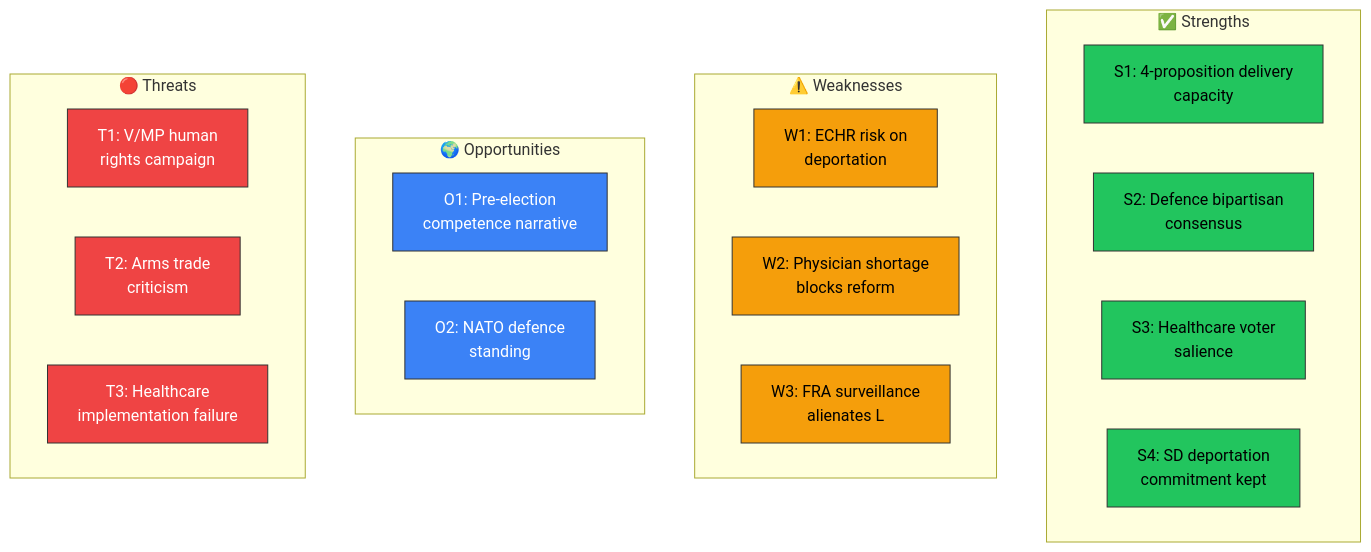
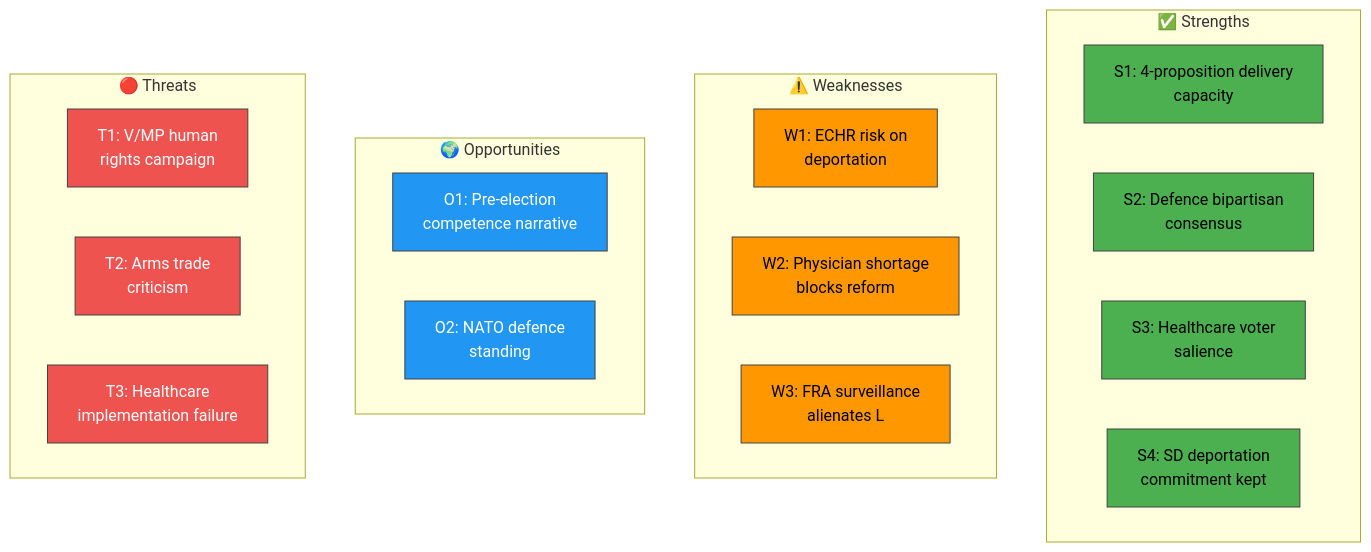
One commit to Hack23/riksdagsmonitor changed the diagram in analysis/daily/2026-04-01/propositions/swot-analysis.md. Above: the diagram before and after it, drawn with Mermaid. The commit also changed 785 other files, not shown here.

First line of the commit message:
Normalize mermaid colors across 786 analysis artifacts to ISMS Style Guide palette

````diff
--- a/analysis/daily/2026-04-01/propositions/swot-analysis.md
+++ b/analysis/daily/2026-04-01/propositions/swot-analysis.md
@@ -48,36 +48,36 @@
 ```mermaid
 graph TD
     subgraph "✅ Strengths"
         S1["S1: 4-proposition delivery<br/>capacity"]
         S2["S2: Defence bipartisan<br/>consensus"]
         S3["S3: Healthcare voter<br/>salience"]
         S4["S4: SD deportation<br/>commitment kept"]
     end
     subgraph "⚠️ Weaknesses"
         W1["W1: ECHR risk on<br/>deportation"]
         W2["W2: Physician shortage<br/>blocks reform"]
         W3["W3: FRA surveillance<br/>alienates L"]
     end
     subgraph "🌍 Opportunities"
         O1["O1: Pre-election<br/>competence narrative"]
         O2["O2: NATO defence<br/>standing"]
     end
     subgraph "🔴 Threats"
         T1["T1: V/MP human<br/>rights campaign"]
         T2["T2: Arms trade<br/>criticism"]
         T3["T3: Healthcare<br/>implementation failure"]
     end
     
-    style S1 fill:#22c55e,stroke:#333,color:#000
-    style S2 fill:#22c55e,stroke:#333,color:#000
-    style S3 fill:#22c55e,stroke:#333,color:#000
-    style S4 fill:#22c55e,stroke:#333,color:#000
-    style W1 fill:#f59e0b,stroke:#333,color:#000
-    style W2 fill:#f59e0b,stroke:#333,color:#000
-    style W3 fill:#f59e0b,stroke:#333,color:#000
-    style O1 fill:#3b82f6,stroke:#333,color:#fff
-    style O2 fill:#3b82f6,stroke:#333,color:#fff
-    style T1 fill:#ef4444,stroke:#333,color:#fff
-    style T2 fill:#ef4444,stroke:#333,color:#fff
-    style T3 fill:#ef4444,stroke:#333,color:#fff
+    style S1 fill:#4CAF50,stroke:#424242,color:#000000
+    style S2 fill:#4CAF50,stroke:#424242,color:#000000
+    style S3 fill:#4CAF50,stroke:#424242,color:#000000
+    style S4 fill:#4CAF50,stroke:#424242,color:#000000
+    style W1 fill:#FF9800,stroke:#424242,color:#000000
+    style W2 fill:#FF9800,stroke:#424242,color:#000000
+    style W3 fill:#FF9800,stroke:#424242,color:#000000
+    style O1 fill:#2196F3,stroke:#424242,color:#FFFFFF
+    style O2 fill:#2196F3,stroke:#424242,color:#FFFFFF
+    style T1 fill:#EF5350,stroke:#424242,color:#FFFFFF
+    style T2 fill:#EF5350,stroke:#424242,color:#FFFFFF
+    style T3 fill:#EF5350,stroke:#424242,color:#FFFFFF
 ```
````
